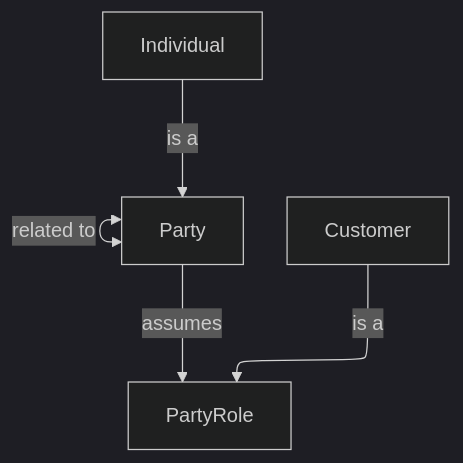
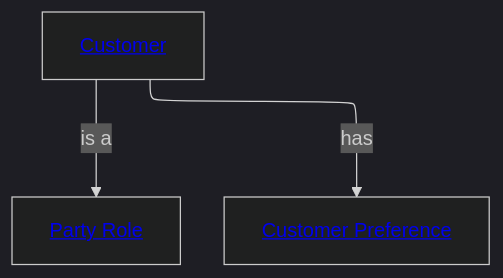
The diagram in examples/Simple Customer/domain.md (Semprini/md-ddl), drawn with Mermaid (dark theme) before and after one commit. The commit also changed other lines of this file and 48 other files, not shown here.

````diff
--- a/examples/Simple Customer/domain.md
+++ b/examples/Simple Customer/domain.md
@@ -34,14 +36,14 @@
 ```mermaid
 ---
 config:
   layout: elk
 ---
 graph TD
 
-  Individual --> |is a|Party
+  Customer --> |is a|PartyRole
+  Customer --> |has|CustomerPreference
 
-  Party <--> |related to|Party
-  Party --> |assumes|PartyRole
-
-  Customer --> |is a|PartyRole    
+  PartyRole["<a href='details.md#party-role'>Party Role</a>"]
+  Customer["<a href='details.md#customer'>Customer</a>"]
+  CustomerPreference["<a href='details.md#customer-preference'>Customer Preference</a>"]
 ```
````
